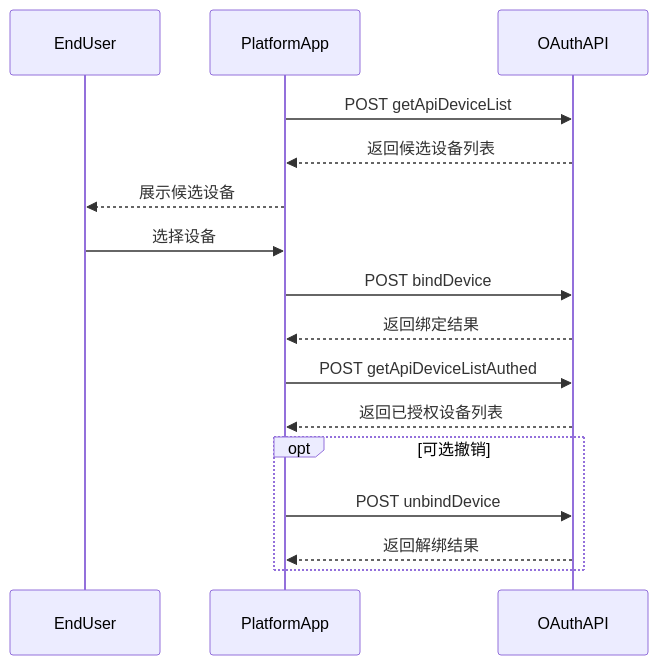
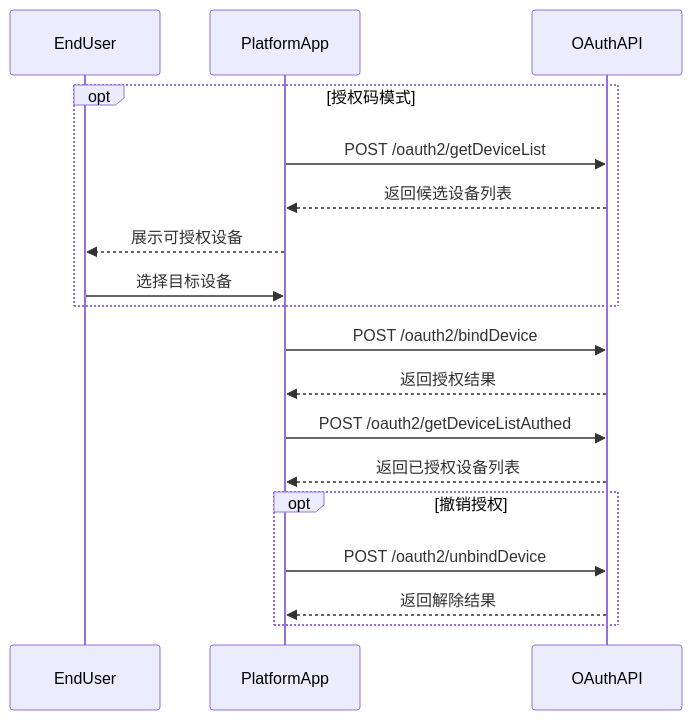
Before and after one commit to EugeneJian/growatt-unified-api: the diagram in Growatt API/OPENAPI.zh-CN/04_api_device_auth.md, drawn with Mermaid. The commit also changed other lines of this file and 26 other files, not shown here.

````diff
--- a/Growatt API/OPENAPI.zh-CN/04_api_device_auth.md
+++ b/Growatt API/OPENAPI.zh-CN/04_api_device_auth.md
@@ -7,20 +7,22 @@
 ```mermaid
 %% 本代码严格遵循AI生成Mermaid代码的终极准则v4.1（Mermaid终极大师）
 sequenceDiagram
     participant User as EndUser
     participant Client as PlatformApp
     participant API as OAuthAPI
 
-    Client->>API: POST getApiDeviceList
-    API-->>Client: 返回候选设备列表
-    Client-->>User: 展示候选设备
-    User->>Client: 选择设备
-    Client->>API: POST bindDevice
-    API-->>Client: 返回绑定结果
-    Client->>API: POST getApiDeviceListAuthed
+    opt 授权码模式
+        Client->>API: POST /oauth2/getDeviceList
+        API-->>Client: 返回候选设备列表
+        Client-->>User: 展示可授权设备
+        User->>Client: 选择目标设备
+    end
+    Client->>API: POST /oauth2/bindDevice
+    API-->>Client: 返回授权结果
+    Client->>API: POST /oauth2/getDeviceListAuthed
     API-->>Client: 返回已授权设备列表
-    opt 可选撤销
-        Client->>API: POST unbindDevice
-        API-->>Client: 返回解绑结果
+    opt 撤销授权
+        Client->>API: POST /oauth2/unbindDevice
+        API-->>Client: 返回解除结果
     end
 ```
````
